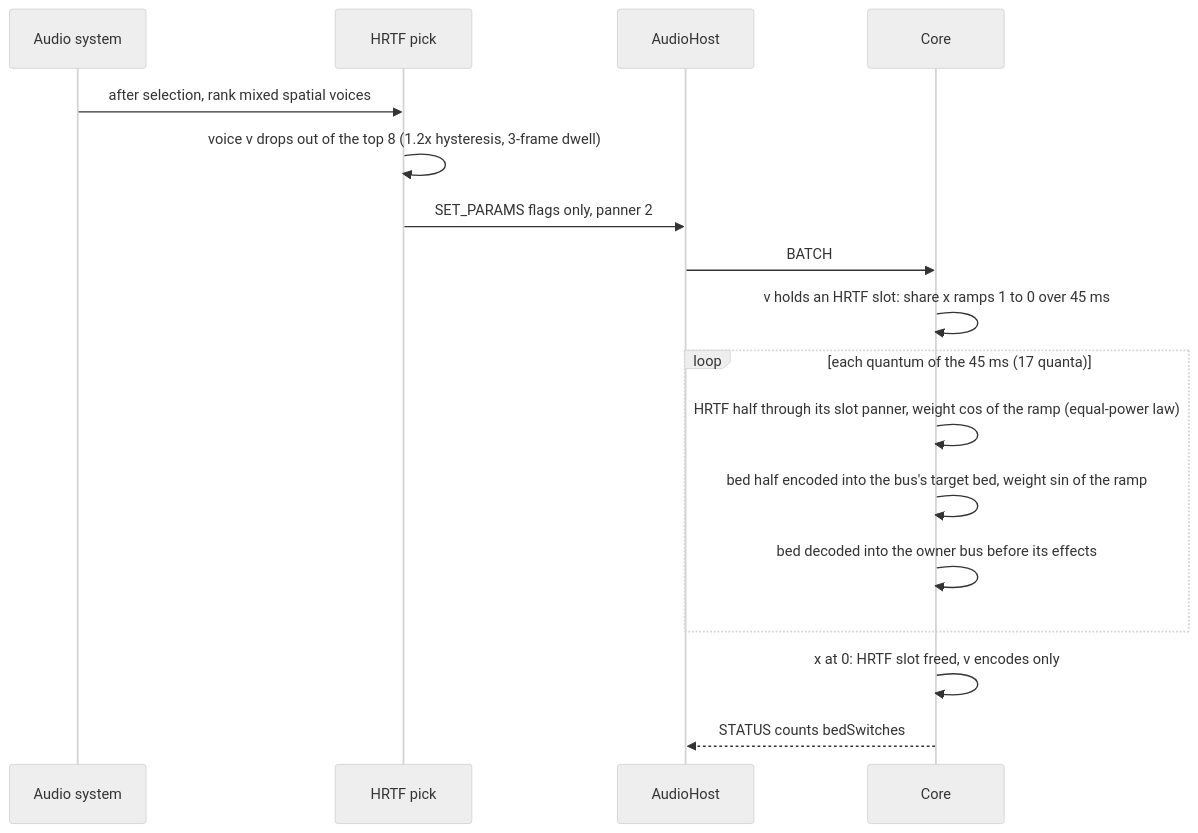
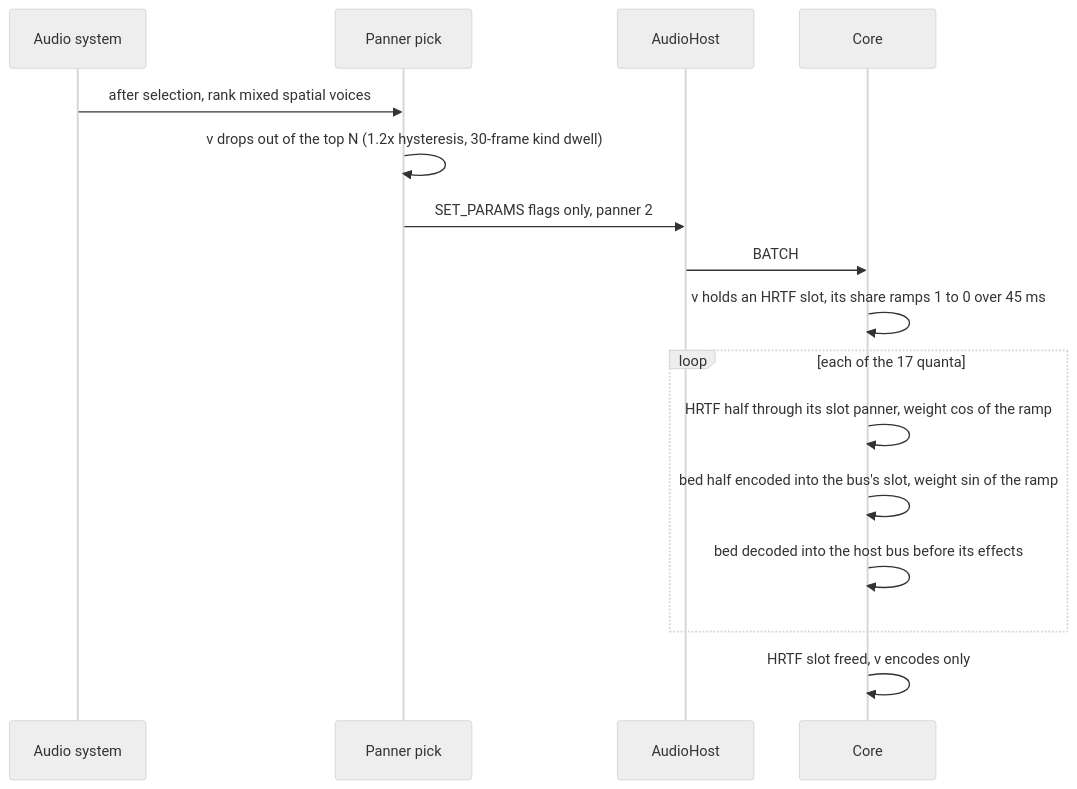
Before and after one commit to doughtnerd/TranquilityEngine: the fifth of 10 diagrams in docs/design/0162-audio-spatial/architecture.md, drawn with Mermaid (neutral theme). The commit also changed other lines of this file and 4 other files, not shown here.

````diff
--- a/docs/design/0162-audio-spatial/architecture.md
+++ b/docs/design/0162-audio-spatial/architecture.md
@@ -192,19 +226,18 @@
 ```mermaid
 sequenceDiagram
   participant Y as Audio system
-  participant P as HRTF pick
+  participant P as Panner pick
   participant H as AudioHost
   participant K as Core
   Y->>P: after selection, rank mixed spatial voices
-  P->>P: voice v drops out of the top 8 (1.2x hysteresis, 3-frame dwell)
+  P->>P: v drops out of the top N (1.2x hysteresis, 30-frame kind dwell)
   P->>H: SET_PARAMS flags only, panner 2
   H->>K: BATCH
-  K->>K: v holds an HRTF slot: share x ramps 1 to 0 over 45 ms
-  loop each quantum of the 45 ms (17 quanta)
-    K->>K: HRTF half through its slot panner, weight cos of the ramp (equal-power law)
-    K->>K: bed half encoded into the bus's target bed, weight sin of the ramp
-    K->>K: bed decoded into the owner bus before its effects
+  K->>K: v holds an HRTF slot, its share ramps 1 to 0 over 45 ms
+  loop each of the 17 quanta
+    K->>K: HRTF half through its slot panner, weight cos of the ramp
+    K->>K: bed half encoded into the bus's slot, weight sin of the ramp
+    K->>K: bed decoded into the host bus before its effects
   end
-  K->>K: x at 0: HRTF slot freed, v encodes only
-  K-->>H: STATUS counts bedSwitches
+  K->>K: HRTF slot freed, v encodes only
 ```
````
